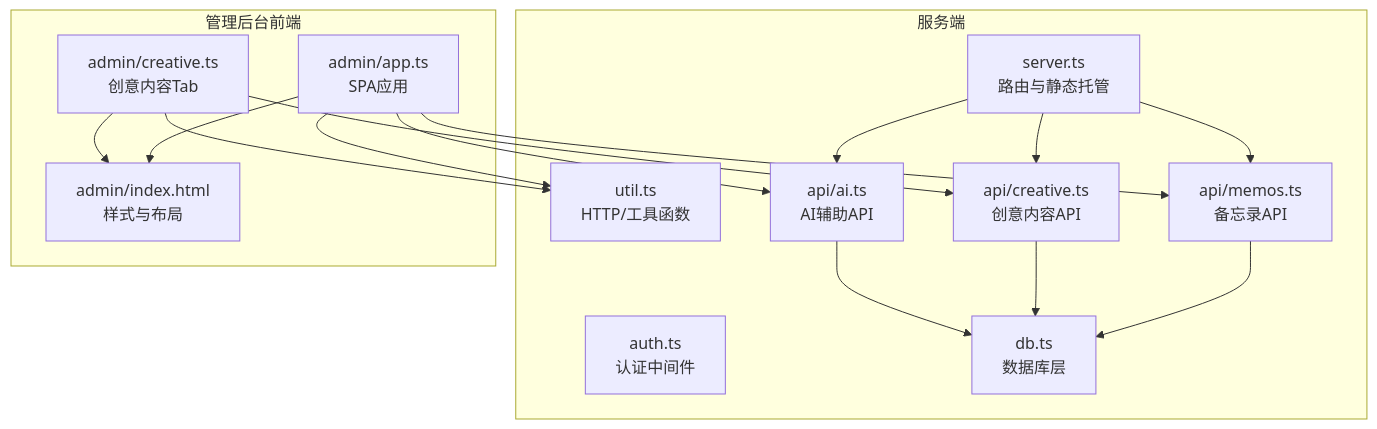
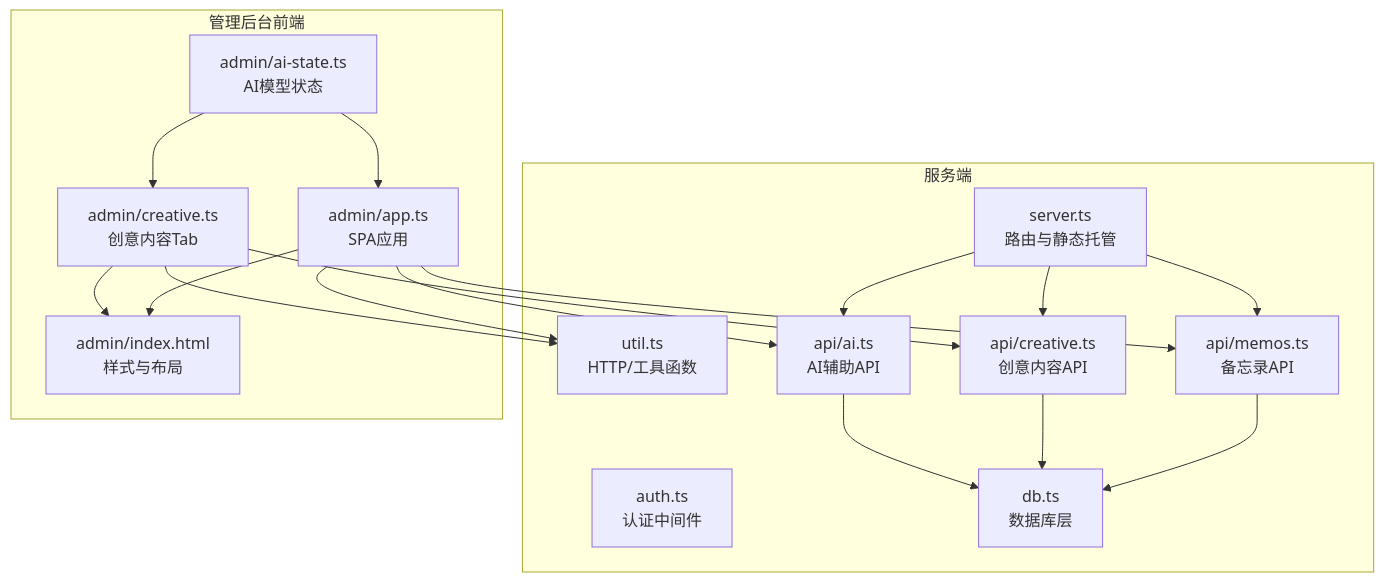
The first of 6 diagrams in .qoder/repowiki/zh/content/核心功能/管理后台系统.md (BlackBoxRecorder/memos), drawn with Mermaid before and after one commit. The commit also changed other lines of this file and 6 other files, not shown here.

````diff
--- a/.qoder/repowiki/zh/content/核心功能/管理后台系统.md
+++ b/.qoder/repowiki/zh/content/核心功能/管理后台系统.md
@@ -46,30 +56,33 @@
 ```mermaid
 graph TB
 subgraph "服务端"
 S["server.ts<br/>路由与静态托管"]
 A["auth.ts<br/>认证中间件"]
 U["util.ts<br/>HTTP/工具函数"]
 D["db.ts<br/>数据库层"]
 API_MEMOS["api/memos.ts<br/>备忘录API"]
 API_CREATIVE["api/creative.ts<br/>创意内容API"]
 API_AI["api/ai.ts<br/>AI辅助API"]
 end
 subgraph "管理后台前端"
 APP["admin/app.ts<br/>SPA应用"]
 CREATIVE["admin/creative.ts<br/>创意内容Tab"]
+AI_STATE["admin/ai-state.ts<br/>AI模型状态"]
 HTML["admin/index.html<br/>样式与布局"]
 end
 S --> API_MEMOS
 S --> API_CREATIVE
 S --> API_AI
 API_MEMOS --> D
 API_CREATIVE --> D
 API_AI --> D
 APP --> U
 CREATIVE --> U
 APP --> API_MEMOS
 CREATIVE --> API_CREATIVE
 APP --> API_AI
 APP --> HTML
 CREATIVE --> HTML
+AI_STATE --> APP
+AI_STATE --> CREATIVE
 ```
````
